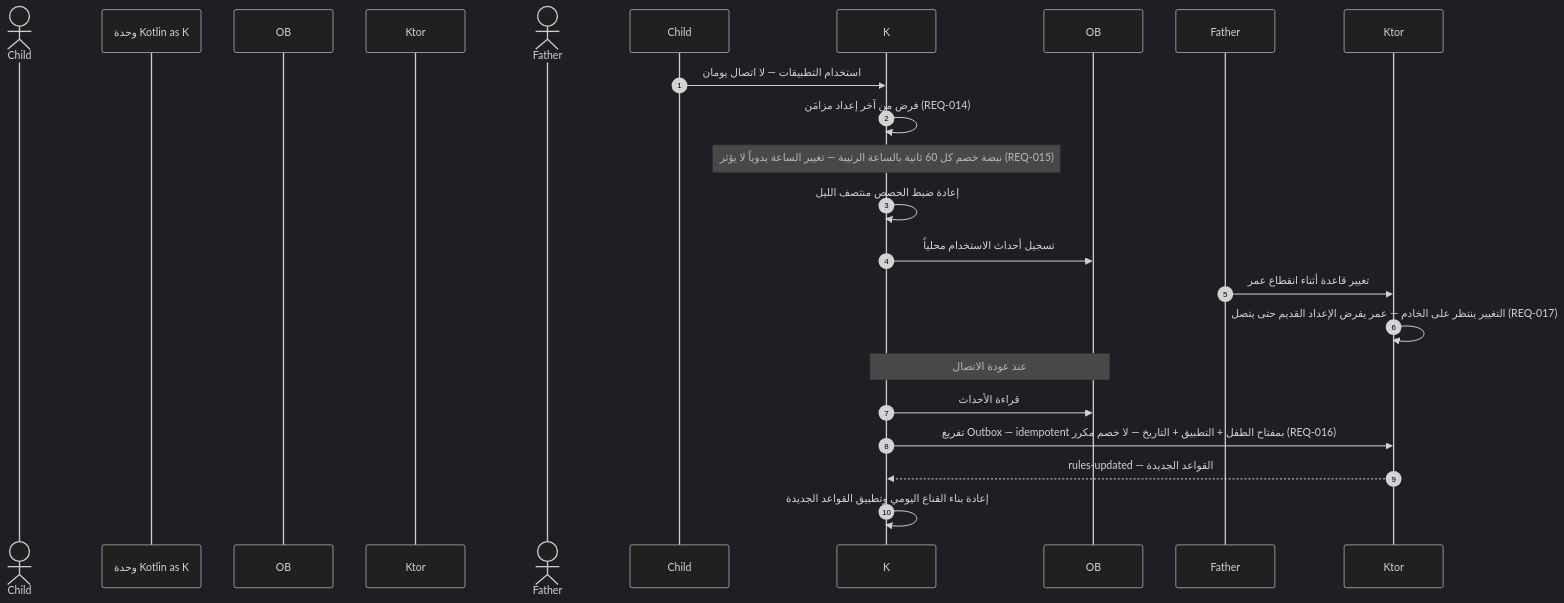
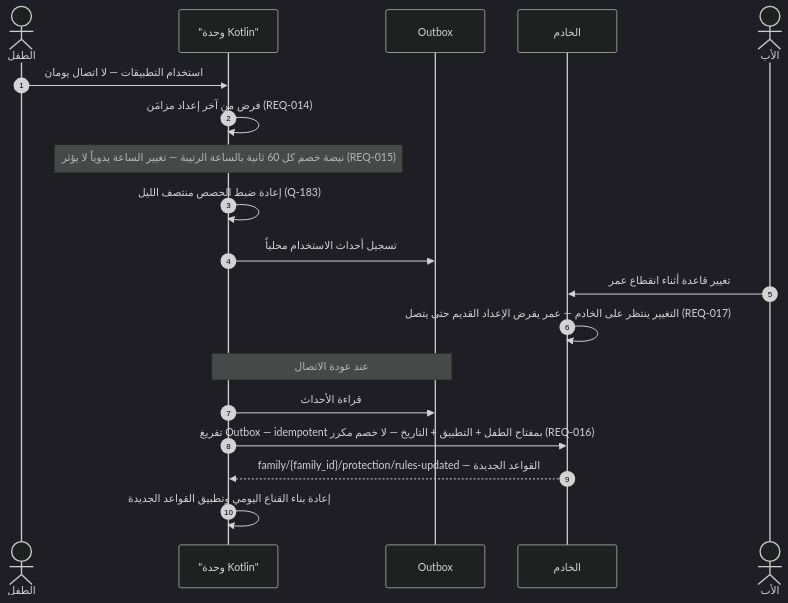
The ninth of 14 diagrams in docs/family-os/governance/phases/phase-1/S1-10-protection-and-enforcement/DIAGRAMS.md (Bassam-mohammed-alqaeadi/family-os-v2), drawn with Mermaid (dark theme) before and after one commit. The commit also changed other lines of this file and 10 other files, not shown here.

Commit message:
إغلاق المراجعة الشاملة R1–R5 (Q-196…Q-231) — المخططات DIAGRAMS + خريطة السياق (2/4)

````diff
--- a/docs/family-os/governance/phases/phase-1/S1-10-protection-and-enforcement/DIAGRAMS.md
+++ b/docs/family-os/governance/phases/phase-1/S1-10-protection-and-enforcement/DIAGRAMS.md
@@ -370,21 +380,21 @@
 ```mermaid
 sequenceDiagram
     autonumber
-    actor الطفل as Child
-    participant وحدة Kotlin as K
-    participant Outbox as OB
-    participant الخادم as Ktor
-    actor الأب as Father
+    actor Child as الطفل
+    participant K as "وحدة Kotlin"
+    participant OB as Outbox
+    participant Ktor as الخادم
+    actor Father as الأب
     Child->>K: استخدام التطبيقات — لا اتصال يومان
     K->>K: فرض من آخر إعداد مزامَن (REQ-014)
     Note over K: نبضة خصم كل 60 ثانية بالساعة الرتيبة — تغيير الساعة يدوياً لا يؤثر (REQ-015)
-    K->>K: إعادة ضبط الحصص منتصف الليل
+    K->>K: إعادة ضبط الحصص منتصف الليل (Q-183)
     K->>OB: تسجيل أحداث الاستخدام محلياً
     Father->>Ktor: تغيير قاعدة أثناء انقطاع عمر
     Ktor->>Ktor: التغيير ينتظر على الخادم — عمر يفرض الإعداد القديم حتى يتصل (REQ-017)
     Note over K,OB: عند عودة الاتصال
     K->>OB: قراءة الأحداث
     K->>Ktor: تفريغ Outbox — idempotent بمفتاح الطفل + التطبيق + التاريخ — لا خصم مكرر (REQ-016)
-    Ktor-->>K: rules-updated — القواعد الجديدة
+    Ktor-->>K: family/{family_id}/protection/rules-updated — القواعد الجديدة
     K->>K: إعادة بناء القناع اليومي وتطبيق القواعد الجديدة
 ```
````
